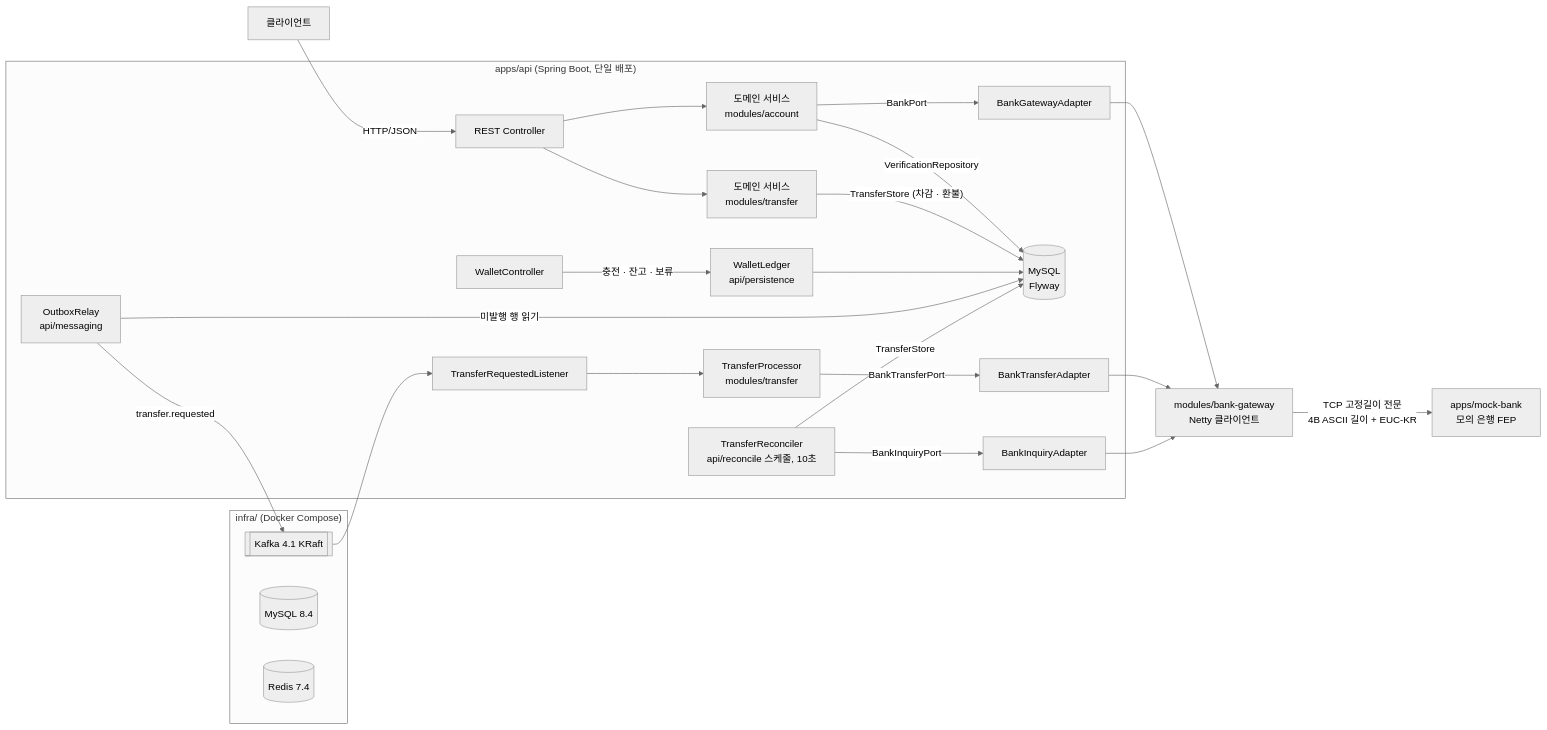
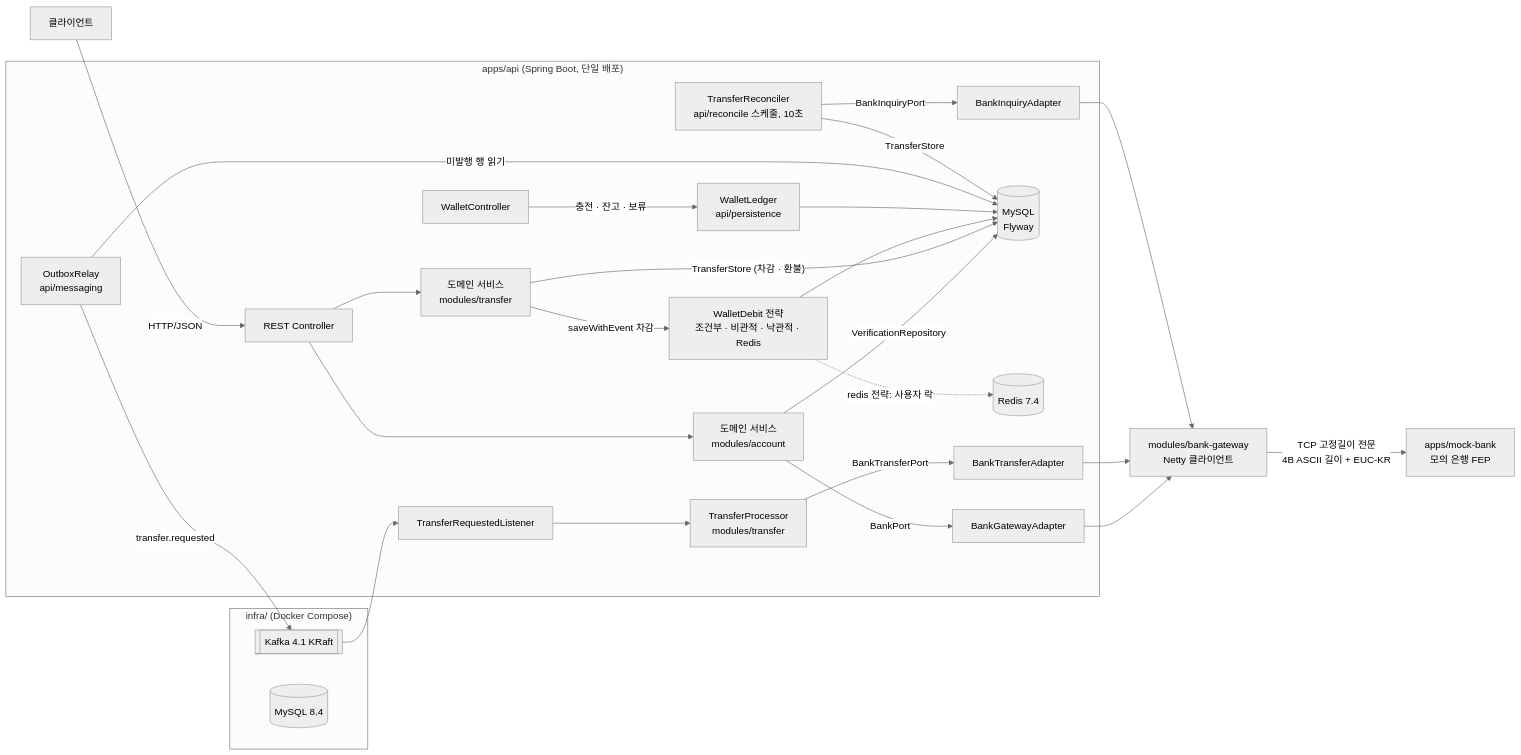
One commit to hyeokjinON/bank-transfer changed the first of 7 diagrams in ARCHITECTURE.md. Above: the diagram before and after it, drawn with Mermaid (neutral theme). The commit also changed other lines of this file and 10 other files, not shown here.

````diff
--- a/ARCHITECTURE.md
+++ b/ARCHITECTURE.md
@@ -7,33 +7,36 @@
 ```mermaid
 flowchart LR
     C[클라이언트] -- "HTTP/JSON" --> API
 
     subgraph app ["apps/api (Spring Boot, 단일 배포)"]
         API[REST Controller] --> SVC[도메인 서비스<br/>modules/account]
         WAL[WalletController] -- "충전 · 잔고 · 보류" --> WL[WalletLedger<br/>api/persistence]
         SVC -- "BankPort" --> ADP[BankGatewayAdapter]
         SVC -- "VerificationRepository" --> REPO[(MySQL<br/>Flyway)]
         API --> TRF[도메인 서비스<br/>modules/transfer]
         TRF -- "TransferStore (차감 · 환불)" --> REPO
+        TRF -- "saveWithEvent 차감" --> DEB[WalletDebit 전략<br/>조건부 · 비관적 · 낙관적 · Redis]
+        DEB --> REPO
+        DEB -. "redis 전략: 사용자 락" .-> RD
         WL --> REPO
         RELAY[OutboxRelay<br/>api/messaging] -- "미발행 행 읽기" --> REPO
         LSN[TransferRequestedListener] --> PROC[TransferProcessor<br/>modules/transfer]
         PROC -- "BankTransferPort" --> TADP[BankTransferAdapter]
         REC[TransferReconciler<br/>api/reconcile 스케줄, 10초] -- "TransferStore" --> REPO
         REC -- "BankInquiryPort" --> IADP[BankInquiryAdapter]
     end
 
     RELAY -- "transfer.requested" --> KF
     KF --> LSN
 
     ADP --> GW["modules/bank-gateway<br/>Netty 클라이언트"]
     TADP --> GW
     IADP --> GW
     GW -- "TCP 고정길이 전문<br/>4B ASCII 길이 + EUC-KR" --> BANK["apps/mock-bank<br/>모의 은행 FEP"]
 
     subgraph infra ["infra/ (Docker Compose)"]
         MY[(MySQL 8.4)]
         KF[[Kafka 4.1 KRaft]]
         RD[(Redis 7.4)]
     end
 ```
````
